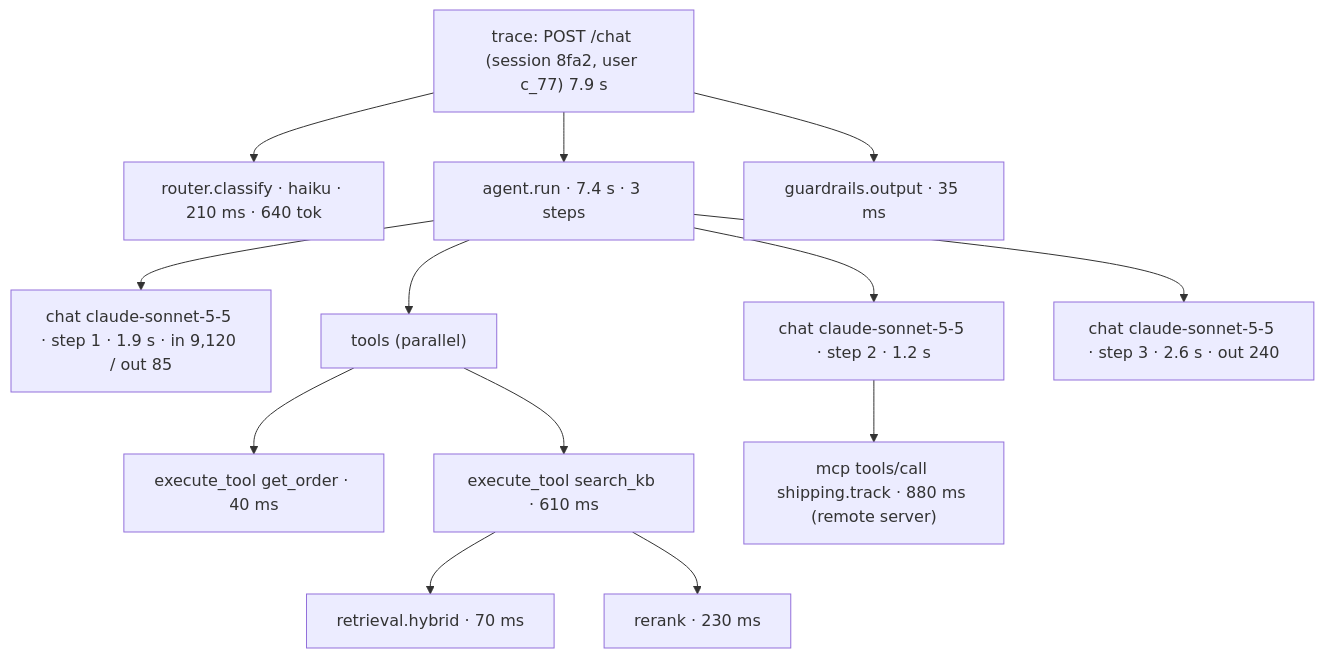
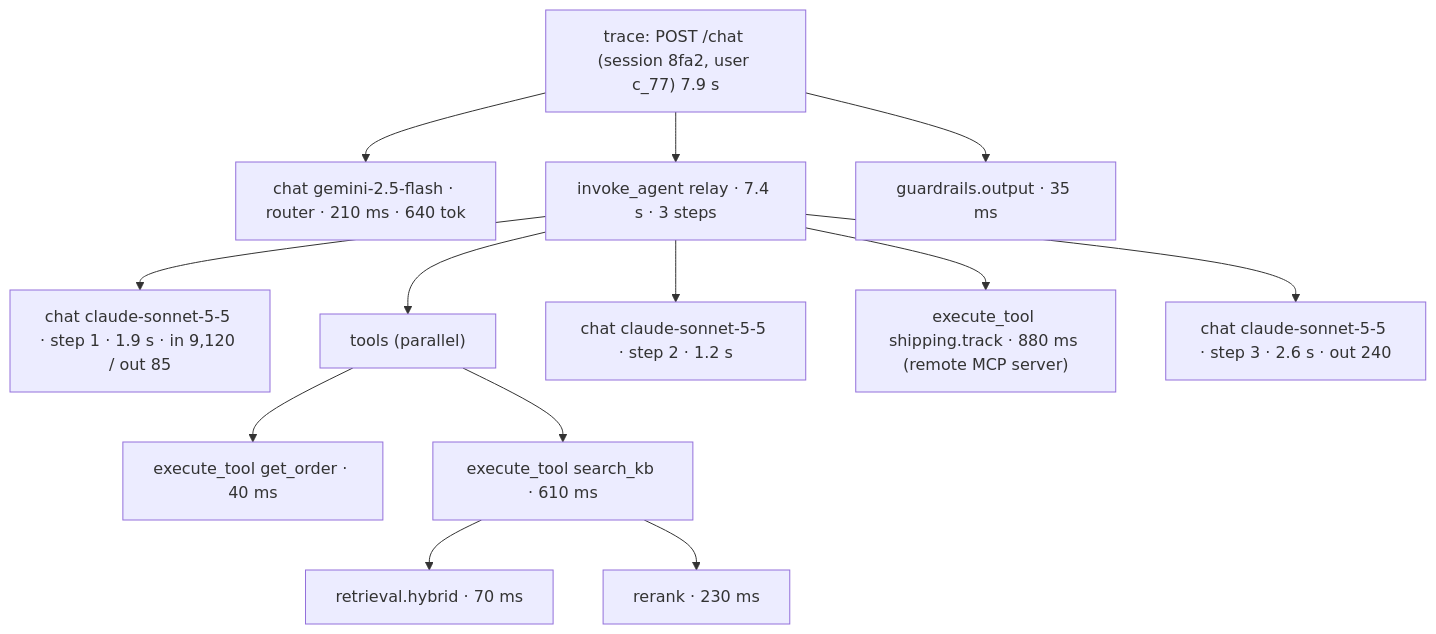
The diagram in content/05-01-tracing.md (Rachneet/ai-system-design-course), drawn with Mermaid before and after one commit. The commit also changed other lines of this file and 5 other files, not shown here.

````diff
--- a/content/05-01-tracing.md
+++ b/content/05-01-tracing.md
@@ -17,16 +17,16 @@
 ```mermaid
 flowchart TB
   T["trace: POST /chat (session 8fa2, user c_77) 7.9 s"]
-  T --> R["router.classify · haiku · 210 ms · 640 tok"]
-  T --> A["agent.run · 7.4 s · 3 steps"]
+  T --> R["chat gemini-2.5-flash · router · 210 ms · 640 tok"]
+  T --> A["invoke_agent relay · 7.4 s · 3 steps"]
   A --> M1["chat claude-sonnet-5-5 · step 1 · 1.9 s · in 9,120 / out 85"]
   A --> P["tools (parallel)"]
   P --> T1["execute_tool get_order · 40 ms"]
   P --> T2["execute_tool search_kb · 610 ms"]
   T2 --> S1["retrieval.hybrid · 70 ms"]
   T2 --> S2["rerank · 230 ms"]
   A --> M2["chat claude-sonnet-5-5 · step 2 · 1.2 s"]
-  M2 --> X["mcp tools/call shipping.track · 880 ms (remote server)"]
+  A --> X["execute_tool shipping.track · 880 ms (remote MCP server)"]
   A --> M3["chat claude-sonnet-5-5 · step 3 · 2.6 s · out 240"]
   T --> G["guardrails.output · 35 ms"]
 ```
````
